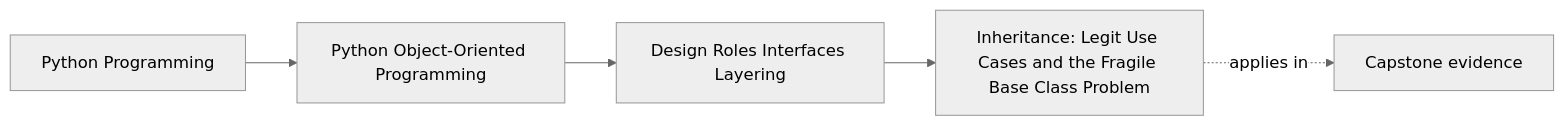
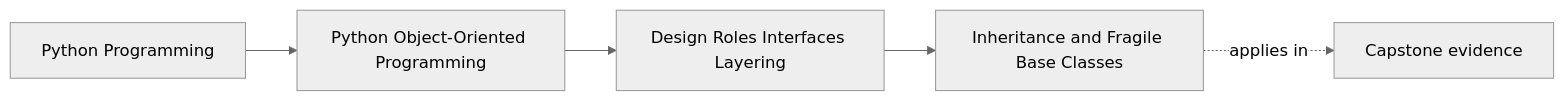
The first of 2 diagrams in programs/python-programming/python-object-oriented-programming/course-book/module-02-design-roles-interfaces-layering/inheritance-and-fragile-base-classes.md (bijux/bijux-masterclass), drawn with Mermaid (neutral theme) before and after one commit. The commit also changed other lines of this file, not shown here.

Commit message:
docs(oop): warn against hidden inheritance contracts

````diff
--- a/programs/python-programming/python-object-oriented-programming/course-book/module-02-design-roles-interfaces-layering/inheritance-and-fragile-base-classes.md
+++ b/programs/python-programming/python-object-oriented-programming/course-book/module-02-design-roles-interfaces-layering/inheritance-and-fragile-base-classes.md
@@ -7,11 +6,11 @@
 ```mermaid
 graph LR
   family["Python Programming"]
   program["Python Object-Oriented Programming"]
   section["Design Roles Interfaces Layering"]
-  page["Inheritance: Legit Use Cases and the Fragile Base Class Problem"]
+  page["Inheritance and Fragile Base Classes"]
   capstone["Capstone evidence"]
 
   family --> program --> section --> page
   page -.applies in.-> capstone
 ```
````
